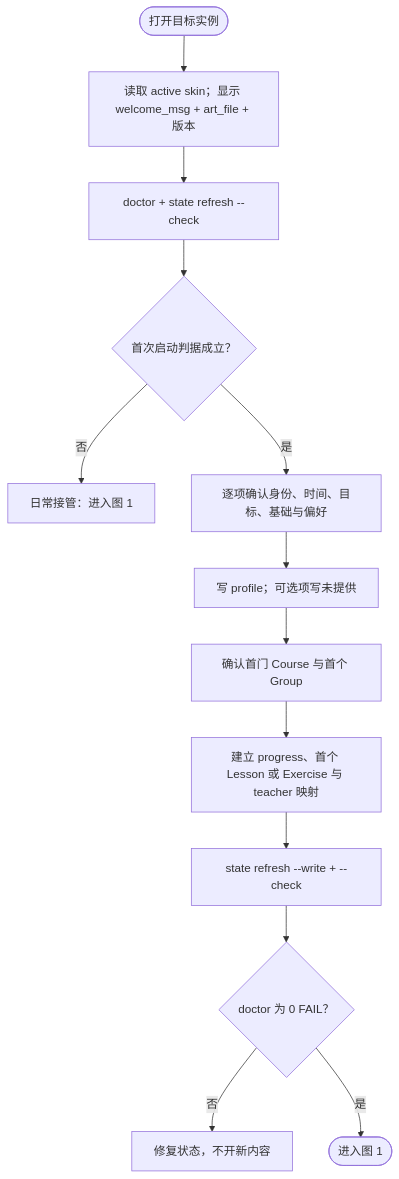
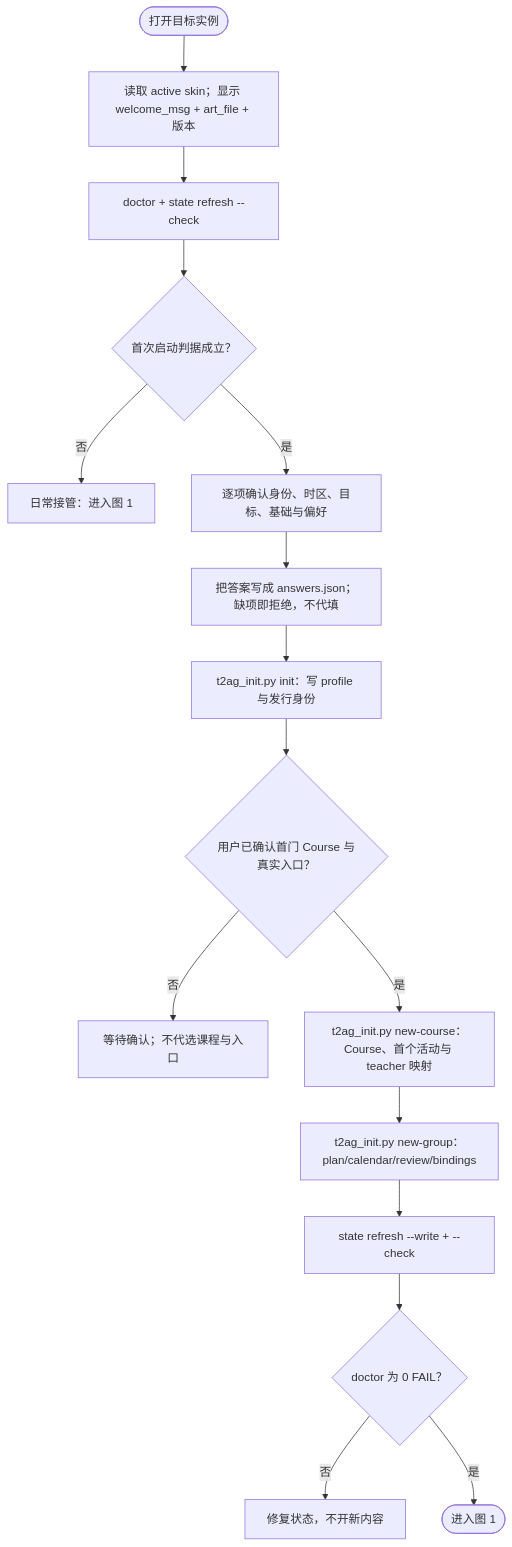
Before and after one commit to lungstrahv/T2AG: the first of 5 diagrams in main/50_playbook/t2ag_flow.md, drawn with Mermaid. The commit also changed other lines of this file and 4 other files, not shown here.

First line of the commit message:
docs(flow): align 0.2.3 flow diagrams and offline guide with generator and lite projection

````diff
--- a/main/50_playbook/t2ag_flow.md
+++ b/main/50_playbook/t2ag_flow.md
@@ -13,28 +13,34 @@
 ```mermaid
 flowchart TD
 A(["打开目标实例"])
+L["读取 active skin；显示 welcome_msg + art_file + 版本"]
 B["doctor + state refresh --check"]
 C{"首次启动判据成立？"}
 D["日常接管：进入图 1"]
-E["逐项确认身份、时间、目标、基础与偏好"]
-F["写 profile；可选项写未提供"]
-G["确认首门 Course 与首个 Group"]
-  H["建立 progress、首个 Lesson 或 Exercise 与 teacher 映射"]
-I["state refresh --write + --check"]
-J{"doctor 为 0 FAIL？"}
-K["修复状态，不开新内容"]
-L["读取 active skin；显示 welcome_msg + art_file + 版本"]
-M(["进入图 1"])
+E["逐项确认身份、时区、目标、基础与偏好"]
+F["把答案写成 answers.json；缺项即拒绝，不代填"]
+G["t2ag_init.py init：写 profile 与发行身份"]
+H{"用户已确认首门 Course 与真实入口？"}
+I["等待确认；不代选课程与入口"]
+J["t2ag_init.py new-course：Course、首个活动与 teacher 映射"]
+K["t2ag_init.py new-group：plan/calendar/review/bindings"]
+M["state refresh --write + --check"]
+N{"doctor 为 0 FAIL？"}
+O["修复状态，不开新内容"]
+P(["进入图 1"])
 A --> L
 L --> B
 B --> C
 C -- "否" --> D
 C -- "是" --> E
 E --> F
 F --> G
 G --> H
-H --> I
-I --> J
-J -- "否" --> K
-J -- "是" --> M
+H -- "否" --> I
+H -- "是" --> J
+J --> K
+K --> M
+M --> N
+N -- "否" --> O
+N -- "是" --> P
 ```
````
